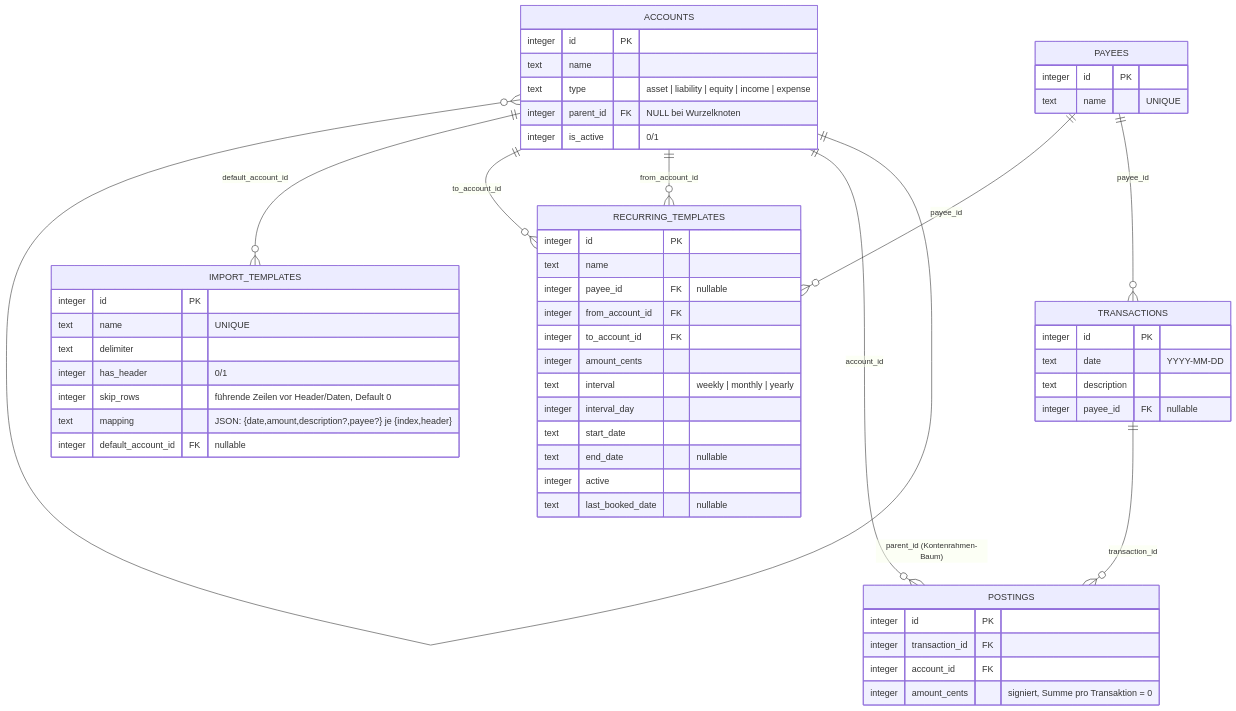
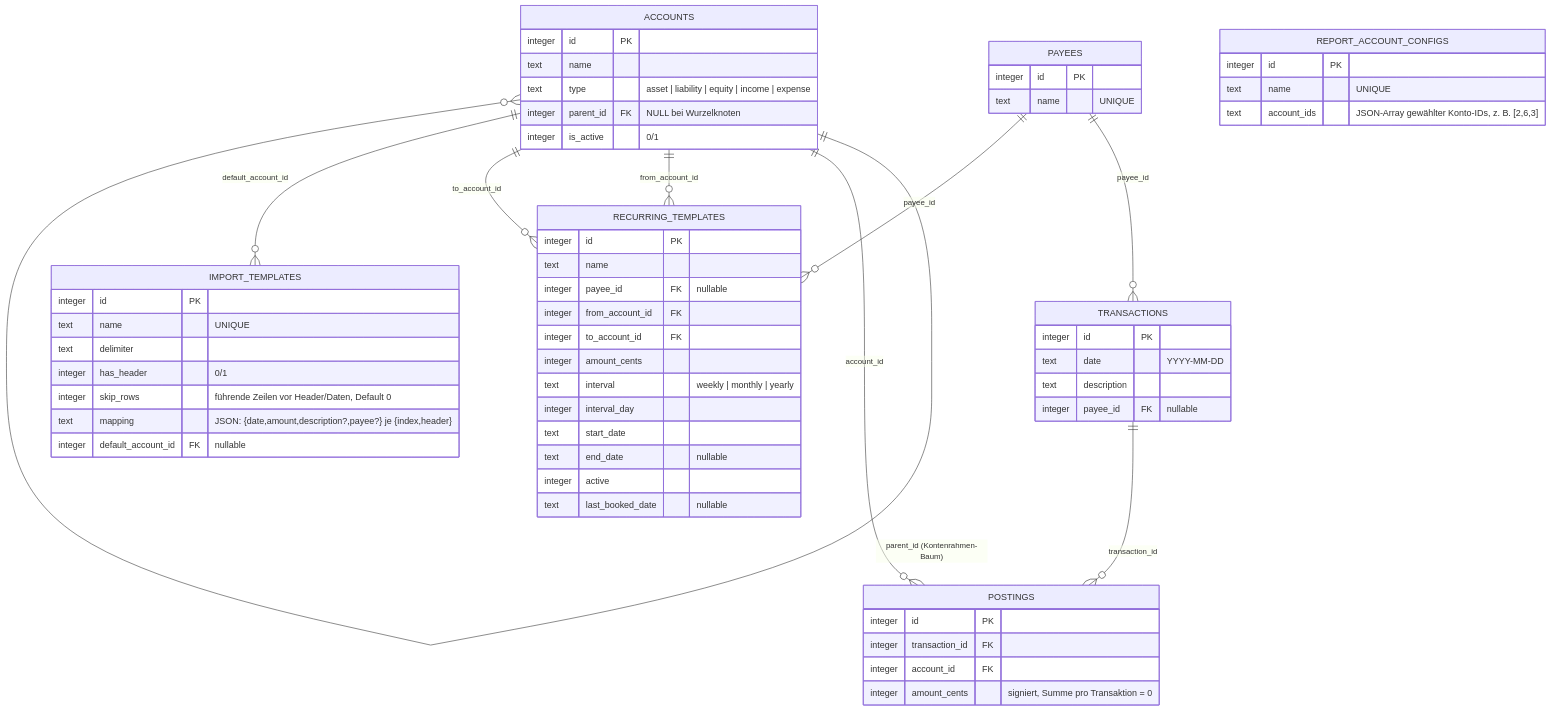
Before and after one commit to thomasblankschein/fintracker: the diagram in DATENMODELL.md, drawn with Mermaid. The commit also changed other lines of this file and 10 other files, not shown here.

First line of the commit message:
Add "Geldverwendung" cash-flow report with saveable liquid-account groups

````diff
--- a/DATENMODELL.md
+++ b/DATENMODELL.md
@@ -7,58 +7,63 @@
 ```mermaid
 erDiagram
     ACCOUNTS {
         integer id PK
         text name
         text type "asset | liability | equity | income | expense"
         integer parent_id FK "NULL bei Wurzelknoten"
         integer is_active "0/1"
     }
     PAYEES {
         integer id PK
         text name "UNIQUE"
     }
     TRANSACTIONS {
         integer id PK
         text date "YYYY-MM-DD"
         text description
         integer payee_id FK "nullable"
     }
     POSTINGS {
         integer id PK
         integer transaction_id FK
         integer account_id FK
         integer amount_cents "signiert, Summe pro Transaktion = 0"
     }
     RECURRING_TEMPLATES {
         integer id PK
         text name
         integer payee_id FK "nullable"
         integer from_account_id FK
         integer to_account_id FK
         integer amount_cents
         text interval "weekly | monthly | yearly"
         integer interval_day
         text start_date
         text end_date "nullable"
         integer active
         text last_booked_date "nullable"
     }
     IMPORT_TEMPLATES {
         integer id PK
         text name "UNIQUE"
         text delimiter
         integer has_header "0/1"
         integer skip_rows "führende Zeilen vor Header/Daten, Default 0"
         text mapping "JSON: {date,amount,description?,payee?} je {index,header}"
         integer default_account_id FK "nullable"
     }
+    REPORT_ACCOUNT_CONFIGS {
+        integer id PK
+        text name "UNIQUE"
+        text account_ids "JSON-Array gewählter Konto-IDs, z. B. [2,6,3]"
+    }
 
     ACCOUNTS ||--o{ ACCOUNTS       : "parent_id (Kontenrahmen-Baum)"
     ACCOUNTS ||--o{ POSTINGS       : "account_id"
     TRANSACTIONS ||--o{ POSTINGS   : "transaction_id"
     PAYEES ||--o{ TRANSACTIONS     : "payee_id"
     PAYEES ||--o{ RECURRING_TEMPLATES : "payee_id"
     ACCOUNTS ||--o{ RECURRING_TEMPLATES : "from_account_id"
     ACCOUNTS ||--o{ RECURRING_TEMPLATES : "to_account_id"
     ACCOUNTS ||--o{ IMPORT_TEMPLATES : "default_account_id"
 ```
````
